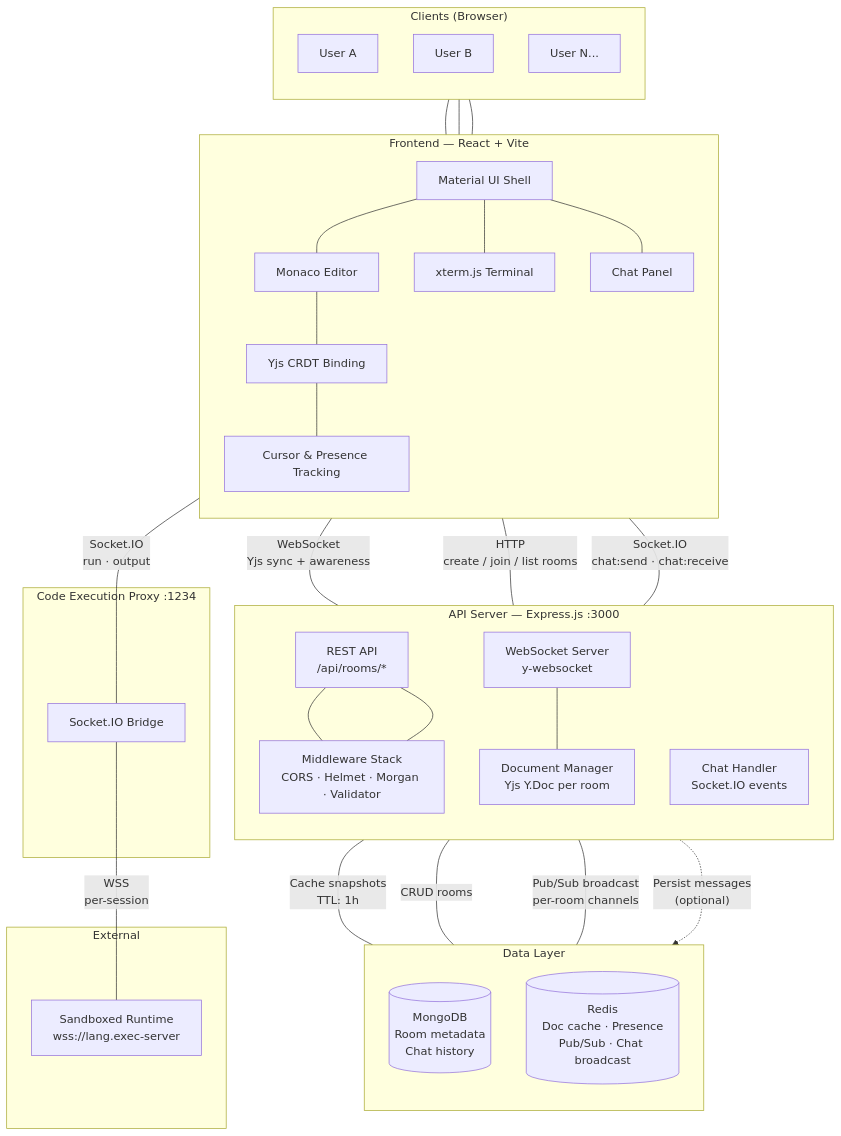
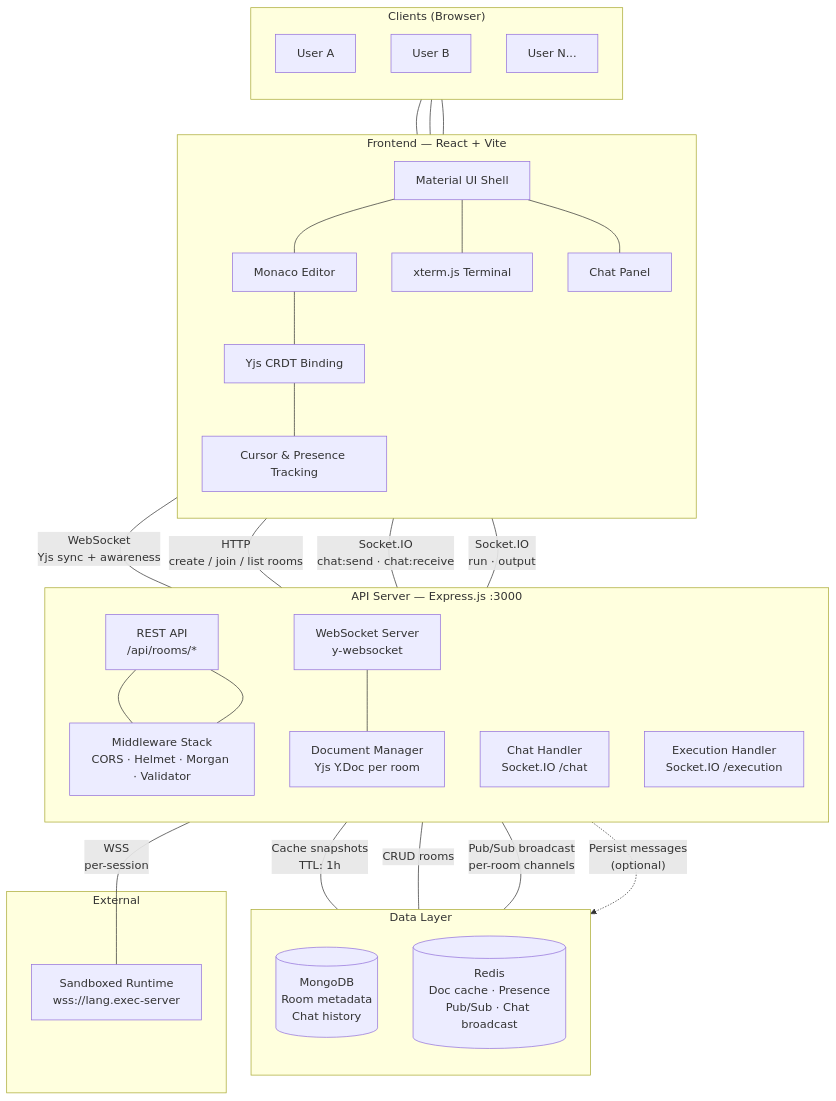
The diagram in README.md (buggy-bits/CollabCode), drawn with Mermaid before and after one commit. The commit also changed other lines of this file and 6 other files, not shown here.

````diff
--- a/README.md
+++ b/README.md
@@ -40,74 +40,71 @@
 ```mermaid
 graph TB
     subgraph Clients["Clients (Browser)"]
         direction TB
         U1["User A"]
         U2["User B"]
         U3["User N..."]
     end
 
     subgraph Frontend["Frontend — React + Vite"]
         direction TB
         Monaco["Monaco Editor"]
         YjsBinding["Yjs CRDT Binding"]
         Awareness["Cursor & Presence Tracking"]
         Terminal["xterm.js Terminal"]
         ChatUI["Chat Panel"]
         MUI["Material UI Shell"]
     end
 
     subgraph API["API Server — Express.js :3000"]
         direction TB
         REST["REST API\n/api/rooms/*"]
         Middleware["Middleware Stack\nCORS · Helmet · Morgan · Validator"]
         WSServer["WebSocket Server\ny-websocket"]
         DocManager["Document Manager\nYjs Y.Doc per room"]
-        ChatHandler["Chat Handler\nSocket.IO events"]
-    end
-
-    subgraph Proxy["Code Execution Proxy :1234"]
-        SIO["Socket.IO Bridge"]
+        ChatHandler["Chat Handler\nSocket.IO /chat"]
+        ExecHandler["Execution Handler\nSocket.IO /execution"]
     end
 
     subgraph Data["Data Layer"]
         direction TB
         Mongo[("MongoDB\nRoom metadata\nChat history")]
         Redis[("Redis\nDoc cache · Presence\nPub/Sub · Chat broadcast")]
     end
 
     subgraph External["External"]
         Runtime["Sandboxed Runtime\nwss://lang.exec-server"]
     end
 
     %% Client — Frontend
     U1 & U2 & U3 --- MUI
 
     %% Frontend internal
     MUI --- Monaco
     MUI --- Terminal
     MUI --- ChatUI
     Monaco --- YjsBinding
     YjsBinding --- Awareness
 
     %% Frontend — API
     YjsBinding -- "WebSocket\nYjs sync + awareness" --- WSServer
     MUI -- "HTTP\ncreate / join / list rooms" --- REST
     ChatUI -- "Socket.IO\nchat:send · chat:receive" --- ChatHandler
     REST --- Middleware
 
-    %% Frontend — Proxy
-    Terminal -- "Socket.IO\nrun · output" --- SIO
+    %% Frontend — Execution
+    Terminal -- "Socket.IO\nrun · output" --- ExecHandler
 
     %% API internals
     WSServer --- DocManager
     Middleware --- REST
 
     %% API — Data
     DocManager -- "Cache snapshots\nTTL: 1h" --- Redis
     REST -- "CRUD rooms" --- Mongo
     ChatHandler -- "Pub/Sub broadcast\nper-room channels" --- Redis
     ChatHandler -. "Persist messages\n(optional)" .-> Mongo
 
-    %% Proxy — External
-    SIO -- "WSS\nper-session" --- Runtime
+    %% Execution — External
+    ExecHandler -- "WSS\nper-session" --- Runtime
 ```
````
